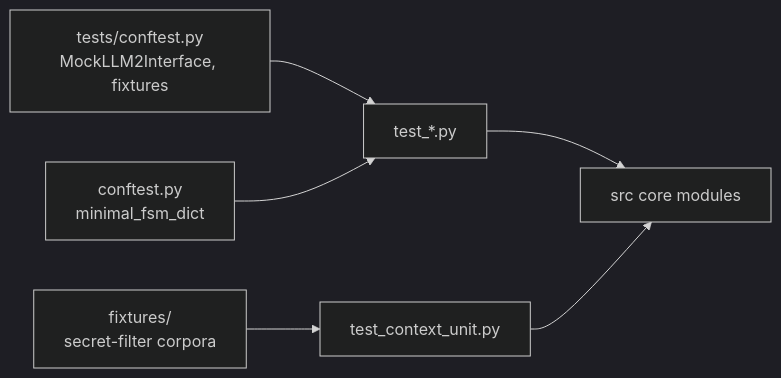
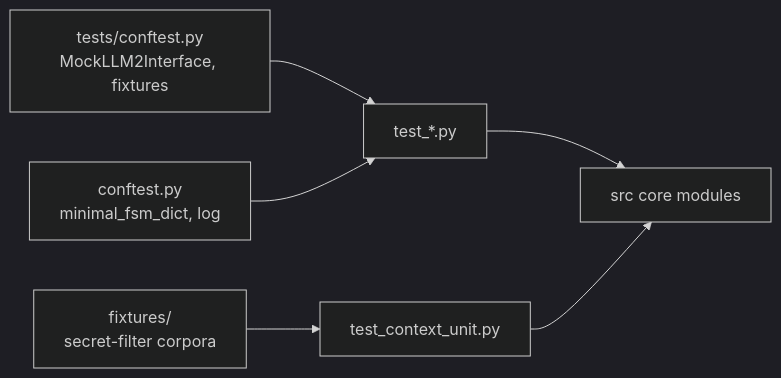
The diagram in tests/test_fsm_llm/README.md (NikolasMarkou/fsm_llm), drawn with Mermaid (dark theme) before and after one commit. The commit also changed other lines of this file and 5 other files, not shown here.

````diff
--- a/tests/test_fsm_llm/README.md
+++ b/tests/test_fsm_llm/README.md
@@ -19,8 +19,8 @@
 ```mermaid
 flowchart LR
     conf[tests/conftest.py<br/>MockLLM2Interface, fixtures] --> T[test_*.py]
-    lconf[conftest.py<br/>minimal_fsm_dict] --> T
+    lconf[conftest.py<br/>minimal_fsm_dict, log] --> T
     fx[fixtures/<br/>secret-filter corpora] --> ctx[test_context_unit.py]
     T --> core[src core modules]
     ctx --> core
 ```
````
